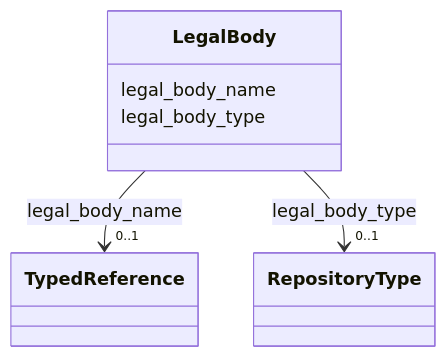
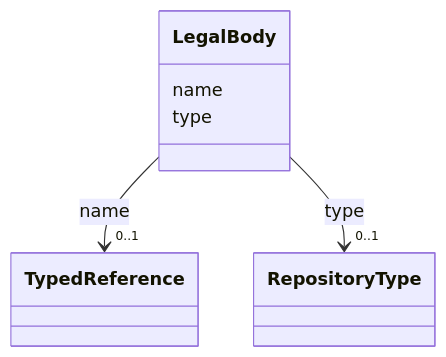
One commit to arqtrad/schema changed the diagram in docs/LegalBody.md. Above: the diagram before and after it, drawn with Mermaid. The commit also changed other lines of this file and 137 other files, not shown here.

````diff
--- a/docs/LegalBody.md
+++ b/docs/LegalBody.md
@@ -23,28 +23,28 @@
 ```mermaid
  classDiagram
     class LegalBody
     click LegalBody href "../LegalBody/"
-      LegalBody : legal_body_name
+      LegalBody : name
 
 
 
 
 
-        LegalBody --> "0..1" TypedReference : legal_body_name
+        LegalBody --> "0..1" TypedReference : name
         click TypedReference href "../TypedReference/"
 
 
 
-      LegalBody : legal_body_type
+      LegalBody : type
 
 
 
 
 
-        LegalBody --> "0..1" RepositoryType : legal_body_type
+        LegalBody --> "0..1" RepositoryType : type
         click RepositoryType href "../RepositoryType/"
 
 
 
 
 ```
````
